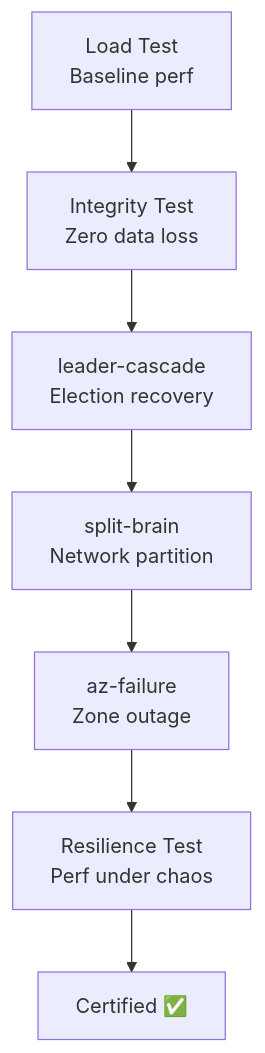
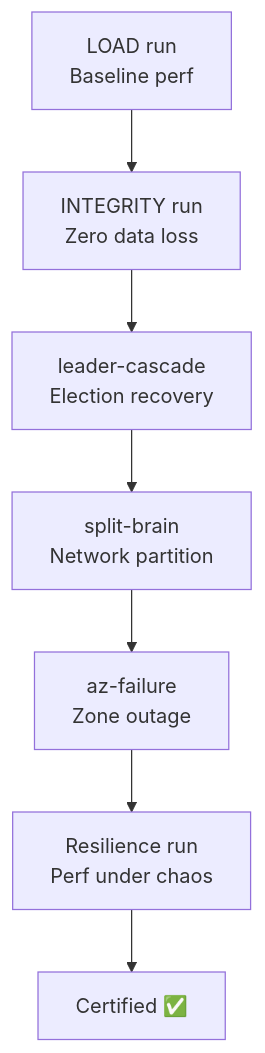
The second of 2 diagrams in docs/book/14-recipes.md (actions-marketplace-validations/bmscomp_kates), drawn with Mermaid before and after one commit. The commit also changed other lines of this file and 9 other files, not shown here.

````diff
--- a/docs/book/14-recipes.md
+++ b/docs/book/14-recipes.md
@@ -181,9 +181,9 @@
 ```mermaid
 graph TD
-    L[Load Test\nBaseline perf] --> I[Integrity Test\nZero data loss]
+    L[LOAD run\nBaseline perf] --> I[INTEGRITY run\nZero data loss]
     I --> C1[leader-cascade\nElection recovery]
     C1 --> C2[split-brain\nNetwork partition]
     C2 --> C3[az-failure\nZone outage]
-    C3 --> R[Resilience Test\nPerf under chaos]
+    C3 --> R[Resilience run\nPerf under chaos]
     R --> CERT[Certified ✅]
 ```
````
